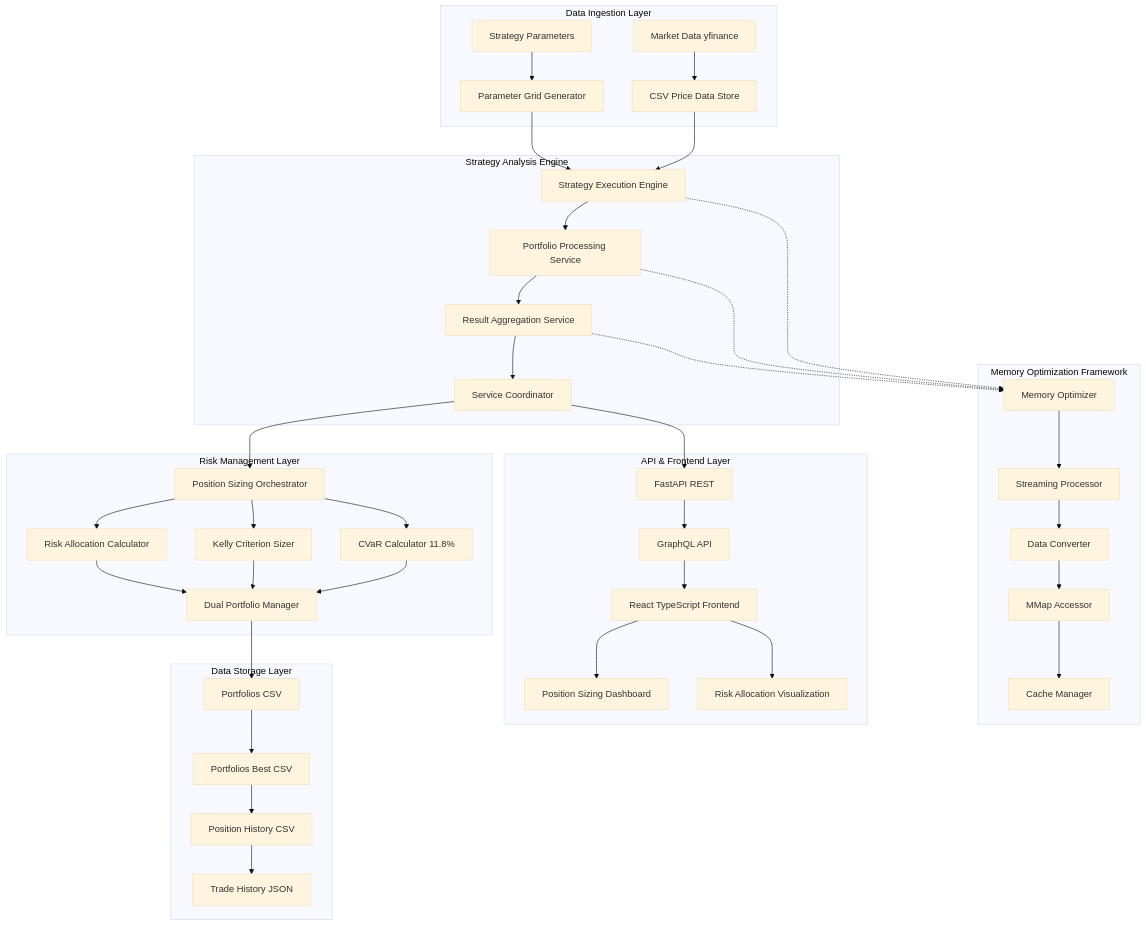
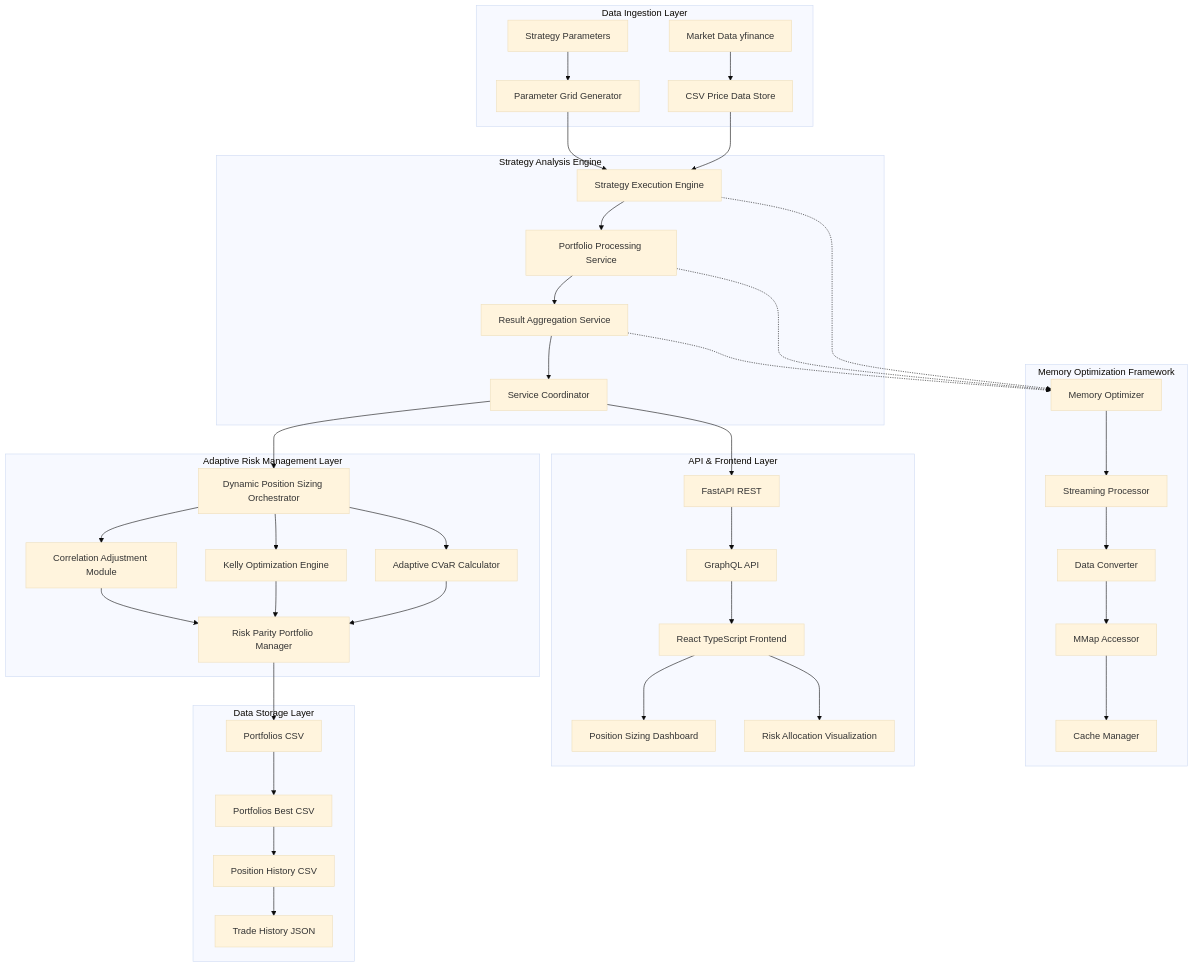
One commit to ColeMorton/trading changed the diagram in docs/Quantitative_Trading_System_Architecture_Executive_Specification.md. Above: the diagram before and after it, drawn with Mermaid (base theme). The commit also changed other lines of this file and 91 other files, not shown here.

First line of the commit message:
Optimize position sizing framework for single-use strategy paradigm

````diff
--- a/docs/Quantitative_Trading_System_Architecture_Executive_Specification.md
+++ b/docs/Quantitative_Trading_System_Architecture_Executive_Specification.md
@@ -43,51 +64,51 @@
 ```mermaid
 graph TB
     subgraph "Data Ingestion Layer"
         A[Market Data yfinance] --> B[CSV Price Data Store]
         C[Strategy Parameters] --> D[Parameter Grid Generator]
     end
 
     subgraph "Strategy Analysis Engine"
         B --> E[Strategy Execution Engine]
         D --> E
         E --> F[Portfolio Processing Service]
         F --> G[Result Aggregation Service]
         G --> H[Service Coordinator]
     end
 
-    subgraph "Risk Management Layer"
-        H --> I[Position Sizing Orchestrator]
-        I --> J[CVaR Calculator 11.8%]
-        I --> K[Kelly Criterion Sizer]
-        I --> L[Risk Allocation Calculator]
-        J --> M[Dual Portfolio Manager]
+    subgraph "Adaptive Risk Management Layer"
+        H --> I[Dynamic Position Sizing Orchestrator]
+        I --> J[Adaptive CVaR Calculator]
+        I --> K[Kelly Optimization Engine]
+        I --> L[Correlation Adjustment Module]
+        J --> M[Risk Parity Portfolio Manager]
         K --> M
         L --> M
     end
 
     subgraph "Memory Optimization Framework"
         N[Memory Optimizer] --> O[Streaming Processor]
         O --> P[Data Converter]
         P --> Q[MMap Accessor]
         Q --> R[Cache Manager]
     end
 
     subgraph "API & Frontend Layer"
         S[FastAPI REST] --> T[GraphQL API]
         T --> U[React TypeScript Frontend]
         U --> V[Position Sizing Dashboard]
         U --> W[Risk Allocation Visualization]
     end
 
     subgraph "Data Storage Layer"
         X[Portfolios CSV] --> Y[Portfolios Best CSV]
         Y --> Z[Position History CSV]
         Z --> AA[Trade History JSON]
     end
 
     H --> S
     M --> X
     E -.-> N
     F -.-> N
     G -.-> N
 ```
````
